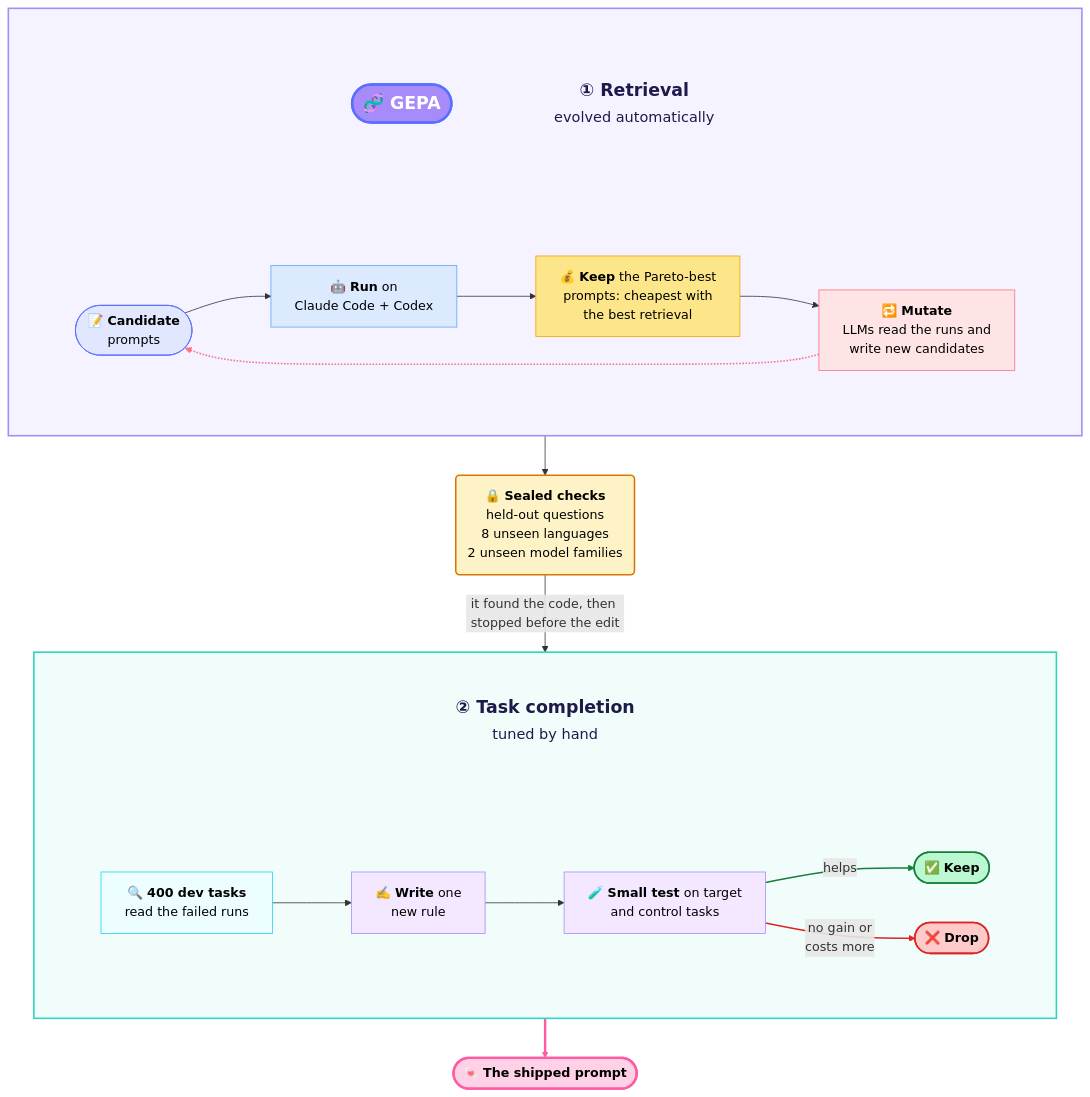
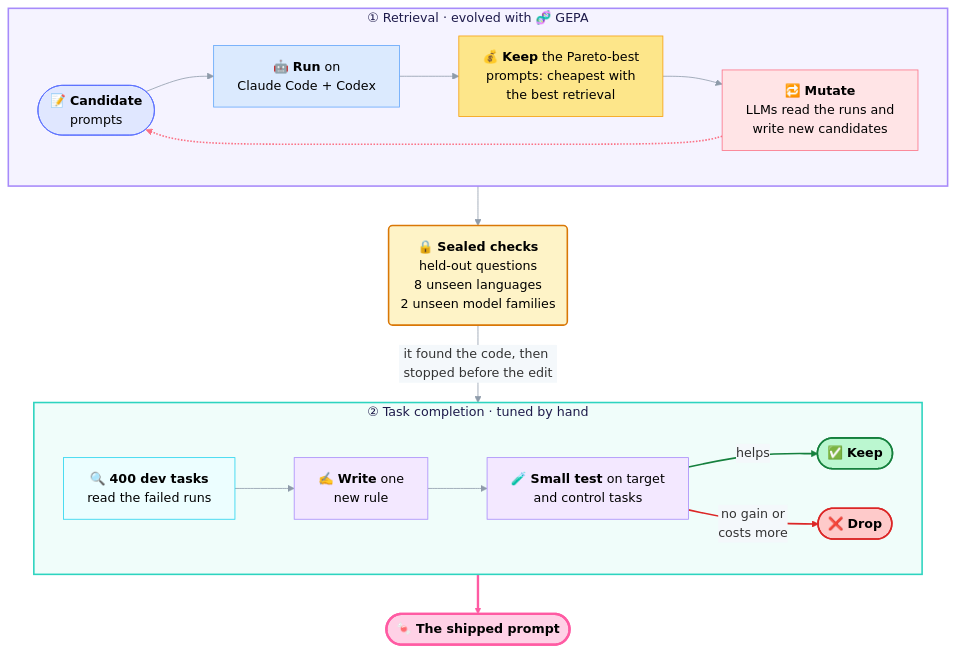
Before and after one commit to mrsladoje/sweet-search: the second of 2 diagrams in README.md, drawn with Mermaid.

Commit message:
readme: compact prompt-tuning diagram, GEPA in the step 1 title
GitHub ignored the title-node font size and padded the nested boxes.
Back to plain subgraphs with centred titles, 🧬 GEPA in the step 1
title, base theme so titles stay dark on the light boxes in dark mode,
and a light edge-label background.

````diff
--- a/README.md
+++ b/README.md
@@ -884,71 +884,51 @@
 ```mermaid
-%%{init: {"flowchart": {"wrappingWidth": 400}}}%%
+%%{init: {"theme": "base", "themeVariables": {"titleColor": "#1e1b4b", "textColor": "#1e1b4b", "lineColor": "#8e9baa", "edgeLabelBackground": "#f4f8fb"}, "themeCSS": ".cluster-label span { font-size: 19px; font-weight: 700; }", "flowchart": {"wrappingWidth": 400}}}%%
 flowchart TB
-    subgraph S1[" "]
-        direction TB
-        subgraph H1[" "]
-            direction LR
-            GEPA(["🧬 <b>GEPA</b>"]) ~~~ T1["<b>① Retrieval</b><br/><small>evolved automatically</small>"]
-        end
-        subgraph L1[" "]
-            direction LR
-            A(["📝 <b>Candidate</b><br/>prompts"]) --> B["🤖 <b>Run</b> on<br/>Claude Code + Codex"]
-            B --> C["💰 <b>Keep</b> the Pareto-best<br/>prompts: cheapest with<br/>the best retrieval"]
-            C --> D["🔁 <b>Mutate</b><br/>LLMs read the runs and<br/>write new candidates"]
-            D -.-> A
-        end
-        H1 ~~~ L1
+    subgraph S1["① Retrieval · evolved with 🧬 GEPA"]
+        direction LR
+        A(["📝 <b>Candidate</b><br/>prompts"]) --> B["🤖 <b>Run</b> on<br/>Claude Code + Codex"]
+        B --> C["💰 <b>Keep</b> the Pareto-best<br/>prompts: cheapest with<br/>the best retrieval"]
+        C --> D["🔁 <b>Mutate</b><br/>LLMs read the runs and<br/>write new candidates"]
+        D -.-> A
     end
     S1 --> V("🔒 <b>Sealed checks</b><br/>held-out questions<br/>8 unseen languages<br/>2 unseen model families")
     V -->|"it found the code, then stopped before the edit"| S2
-    subgraph S2[" "]
-        direction TB
-        T2["<b>② Task completion</b><br/><small>tuned by hand</small>"]
-        subgraph L2[" "]
-            direction LR
-            E["🔍 <b>400 dev tasks</b><br/>read the failed runs"] --> F["✍️ <b>Write</b> one<br/>new rule"]
-            F --> G["🧪 <b>Small test</b> on target<br/>and control tasks"]
-            G -->|"helps"| H(["✅ <b>Keep</b>"])
-            G -->|"no gain or<br/>costs more"| I(["❌ <b>Drop</b>"])
-        end
-        T2 ~~~ L2
+    subgraph S2["② Task completion · tuned by hand"]
+        direction LR
+        E["🔍 <b>400 dev tasks</b><br/>read the failed runs"] --> F["✍️ <b>Write</b> one<br/>new rule"]
+        F --> G["🧪 <b>Small test</b> on target<br/>and control tasks"]
+        G -->|"helps"| H(["✅ <b>Keep</b>"])
+        G -->|"no gain or<br/>costs more"| I(["❌ <b>Drop</b>"])
     end
     S2 ==> P(["🍬 <b>The shipped prompt</b>"])
 
-    classDef title fill:none,stroke:none,color:#1e1b4b,font-size:22px;
-    classDef gepa  fill:#a78bfa,stroke:#596fff,color:#fff,stroke-width:3px,font-size:22px;
     classDef cand  fill:#e0e7ff,stroke:#596fff,color:#000;
     classDef run   fill:#dbeafe,stroke:#60a5fa,color:#000;
     classDef score fill:#fde68a,stroke:#f59e0b,color:#000;
     classDef llm   fill:#ffe4e6,stroke:#fb7185,color:#000;
     classDef seal  fill:#fef3c7,stroke:#d97706,color:#000,stroke-width:2px;
     classDef dig   fill:#ecfeff,stroke:#22d3ee,color:#000;
     classDef rule  fill:#f3e8ff,stroke:#a78bfa,color:#000;
     classDef keep  fill:#bbf7d0,stroke:#15803d,color:#000,stroke-width:2px;
     classDef drop  fill:#fecaca,stroke:#dc2626,color:#000,stroke-width:2px;
     classDef ship  fill:#ffd1e6,stroke:#ff5ba3,color:#000,stroke-width:3px;
 
-    class T1,T2 title;
-    class GEPA gepa;
     class A cand;
     class B run;
     class C score;
     class D llm;
     class V seal;
     class E dig;
     class F,G rule;
     class H keep;
     class I drop;
     class P ship;
 
     style S1 fill:#f5f3ff,stroke:#a78bfa,stroke-width:2px;
     style S2 fill:#f0fdfa,stroke:#2dd4bf,stroke-width:2px;
-    style H1 fill:none,stroke:none;
-    style L1 fill:none,stroke:none;
-    style L2 fill:none,stroke:none;
 
-    linkStyle 4 stroke:#fb7185,stroke-width:2px;
-    linkStyle 10 stroke:#15803d,stroke-width:2px;
-    linkStyle 11 stroke:#dc2626,stroke-width:2px;
-    linkStyle 13 stroke:#ff5ba3,stroke-width:3px;
+    linkStyle 3 stroke:#fb7185,stroke-width:2px;
+    linkStyle 8 stroke:#15803d,stroke-width:2px;
+    linkStyle 9 stroke:#dc2626,stroke-width:2px;
+    linkStyle 10 stroke:#ff5ba3,stroke-width:3px;
 ```
````
